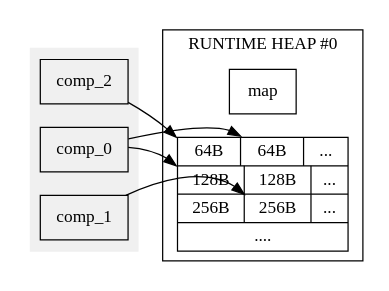
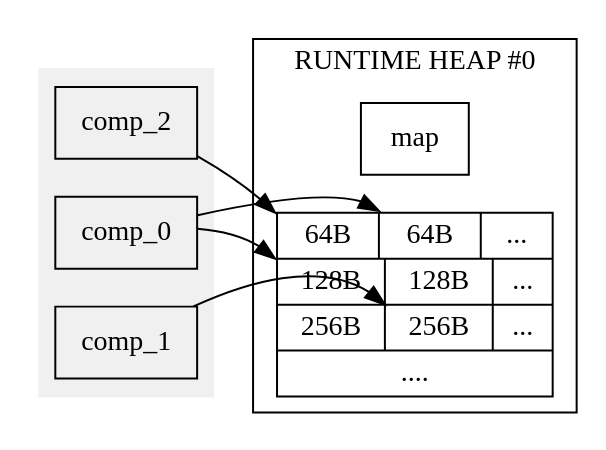
The diagram in developer_guides/firmware/images/runtime-zone.dot (thesofproject/sof-docs), drawn with Graphviz before and after one commit. The commit also changed 2 other files, not shown here.

Commit message:
Adjust size in memory management dot files to render properly

```diff
--- a/developer_guides/firmware/images/runtime-zone.dot
+++ b/developer_guides/firmware/images/runtime-zone.dot
@@ -1,33 +1,33 @@
 digraph runtime_zone {
    compound = true;
    node [shape = record];
    rankdir = LR;
-   size=2.5;
+   size=4;
 
    subgraph cluster_rt_0 {
       label = "RUNTIME HEAP #0";
 
       map0 [label = "map"];
 
       rt0 [label = "{<1>64B|<2>64B|...}
                   |{<10>128B|<11>128B|...}
                   |{<20>256B|<22>256B|...}
                   |{....}"];
    }
 
    subgraph cluster_core_0 {
       style = filled;
       color = "#f0f0f0";
       label = "";
 
       comp_0;
       comp_1;
       comp_2;
    }
 
    comp_0 -> rt0:2:nw;
    comp_0 -> rt0:10:nw;
    comp_1 -> rt0:22:nw;
    comp_2 -> rt0:1:nw;
 
 }
```
